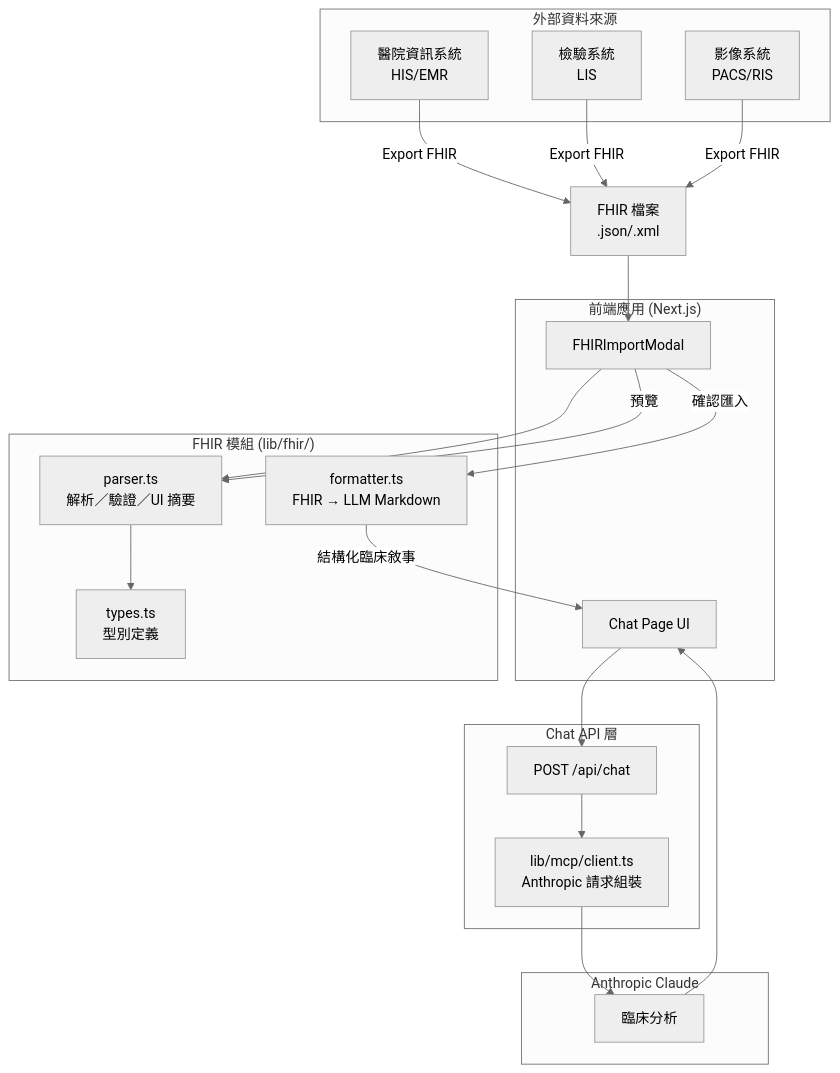
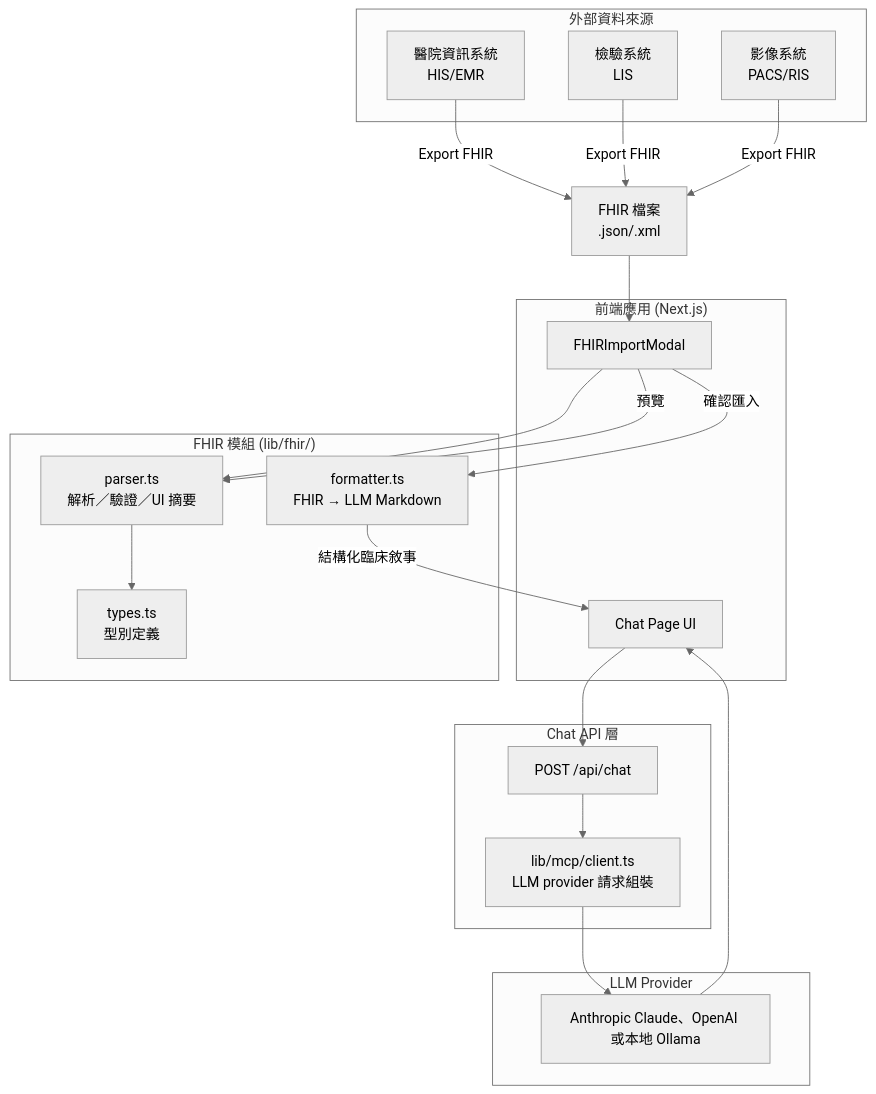
Before and after one commit to qwerboy-design/Health-Care-Assistant: the second of 11 diagrams in docs/FHIR-ARCHITECTURE.md, drawn with Mermaid (neutral theme). The commit also changed other lines of this file and 12 other files, not shown here.

Commit message:
docs: update changelog, architecture, env vars and report assistant specs

````diff
--- a/docs/FHIR-ARCHITECTURE.md
+++ b/docs/FHIR-ARCHITECTURE.md
@@ -77,43 +77,43 @@
 ```mermaid
 flowchart TB
     subgraph Client["前端應用 (Next.js)"]
         UI[Chat Page UI]
         Modal[FHIRImportModal]
     end
 
     subgraph FHIRLib["FHIR 模組 (lib/fhir/)"]
         Types[types.ts<br/>型別定義]
         ParserModule[parser.ts<br/>解析／驗證／UI 摘要]
         Formatter[formatter.ts<br/>FHIR → LLM Markdown]
     end
 
     subgraph API["Chat API 層"]
         ChatRoute[POST /api/chat]
-        MCP[lib/mcp/client.ts<br/>Anthropic 請求組裝]
+        MCP[lib/mcp/client.ts<br/>LLM provider 請求組裝]
     end
 
     subgraph External["外部資料來源"]
         HIS[醫院資訊系統<br/>HIS/EMR]
         Lab[檢驗系統<br/>LIS]
         PACS[影像系統<br/>PACS/RIS]
     end
 
-    subgraph AI["Anthropic Claude"]
-        LLM[臨床分析]
+    subgraph AI["LLM Provider"]
+        LLM[Anthropic Claude、OpenAI 或本地 Ollama]
     end
 
     HIS -->|Export FHIR| FileUpload[FHIR 檔案<br/>.json/.xml]
     Lab -->|Export FHIR| FileUpload
     PACS -->|Export FHIR| FileUpload
 
     FileUpload --> Modal
     Modal --> ParserModule
     ParserModule --> Types
     Modal -->|預覽| ParserModule
     Modal -->|確認匯入| Formatter
     Formatter -->|結構化臨床敘事| UI
     UI --> ChatRoute
     ChatRoute --> MCP
     MCP --> LLM
     LLM --> UI
 ```
````
